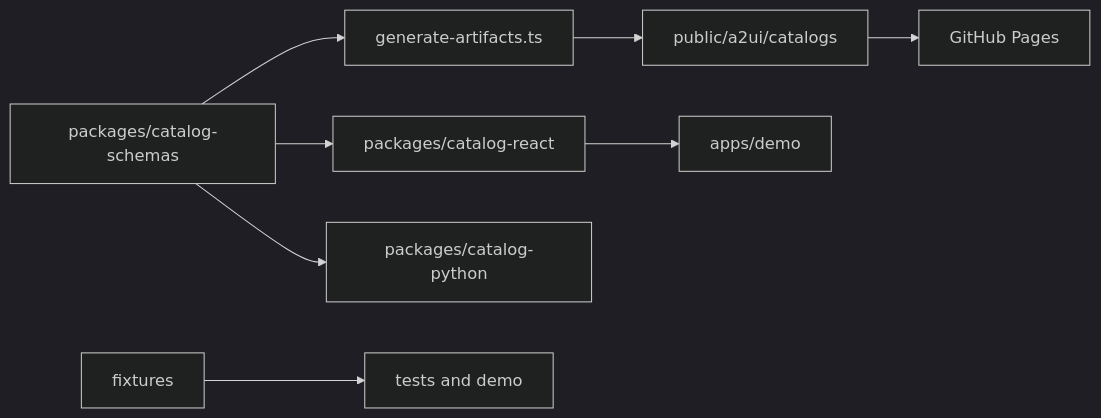
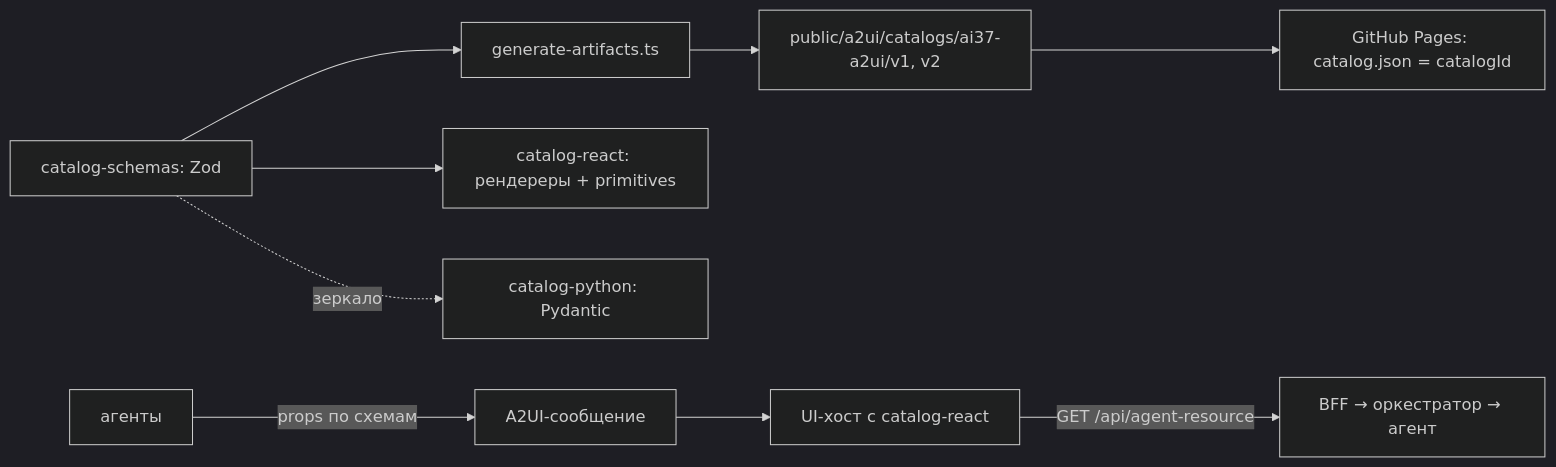
One commit to AI-37/ai37-a2ui-catalog changed the diagram in README.md. Above: the diagram before and after it, drawn with Mermaid (dark theme). The commit also changed other lines of this file, not shown here.

````diff
--- a/README.md
+++ b/README.md
@@ -24,10 +24,11 @@
 ```mermaid
 flowchart LR
-    S[packages/catalog-schemas] --> G[generate-artifacts.ts]
-    G --> P[public/a2ui/catalogs]
-    P --> GH[GitHub Pages]
-    S --> R[packages/catalog-react]
-    S --> Py[packages/catalog-python]
-    F[fixtures] --> T[tests and demo]
-    R --> D[apps/demo]
+    S[catalog-schemas: Zod] --> G[generate-artifacts.ts]
+    G --> P[public/a2ui/catalogs/ai37-a2ui/v1, v2]
+    P --> GH[GitHub Pages: catalog.json = catalogId]
+    S --> R[catalog-react: рендереры + primitives]
+    S -.зеркало.-> Py[catalog-python: Pydantic]
+    A[агенты] -->|props по схемам| M[A2UI-сообщение]
+    M --> U[UI-хост с catalog-react]
+    U -->|GET /api/agent-resource| BFF[BFF → оркестратор → агент]
 ```
````
